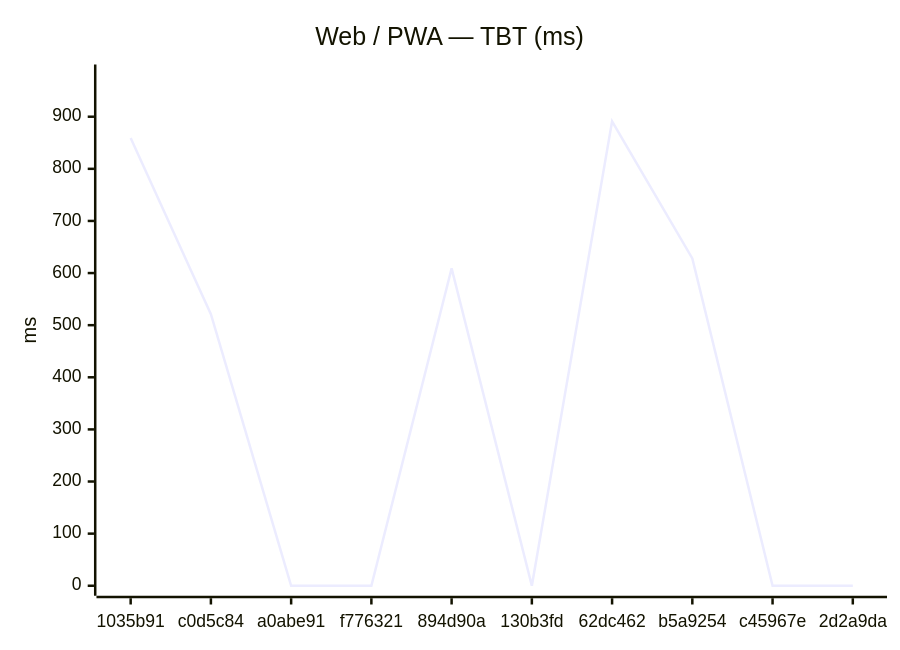
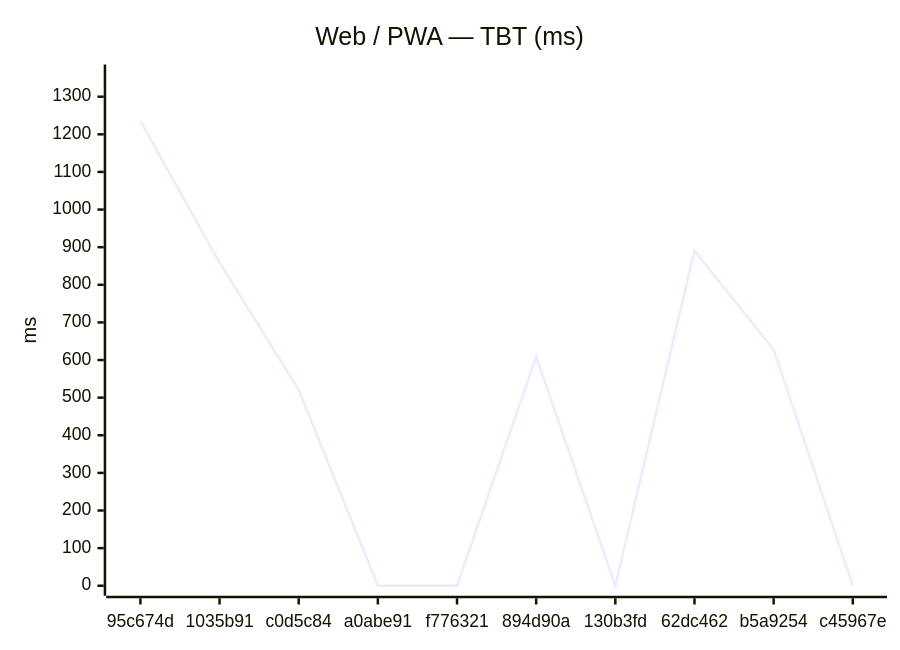
The second of 18 diagrams in benchmarks/compare.md (Metaheurist/Rianell), drawn with Mermaid before and after one commit. The commit also changed other lines of this file and 11 other files, not shown here.

````diff
--- a/benchmarks/compare.md
+++ b/benchmarks/compare.md
@@ -31,7 +31,7 @@
 ```mermaid
 xychart-beta
     title "Web / PWA — TBT (ms)"
-    x-axis ["1035b91", "c0d5c84", "a0abe91", "f776321", "894d90a", "130b3fd", "62dc462", "b5a9254", "c45967e", "2d2a9da"]
-    y-axis "ms" 0 --> 981
-    line [859, 521, 0, 0, 609, 0, 891, 628, 0, 0]
+    x-axis ["95c674d", "1035b91", "c0d5c84", "a0abe91", "f776321", "894d90a", "130b3fd", "62dc462", "b5a9254", "c45967e"]
+    y-axis "ms" 0 --> 1359
+    line [1235, 859, 521, 0, 0, 609, 0, 891, 628, 0]
 ```
````
